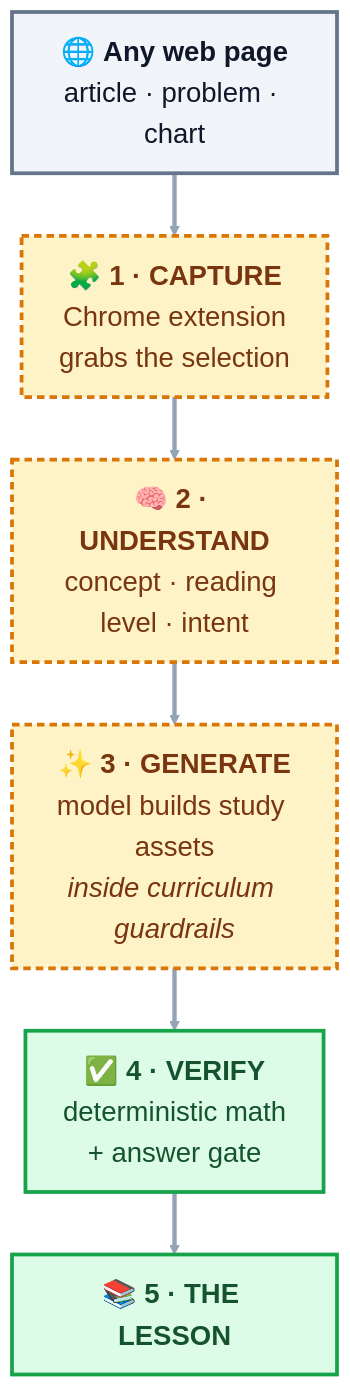
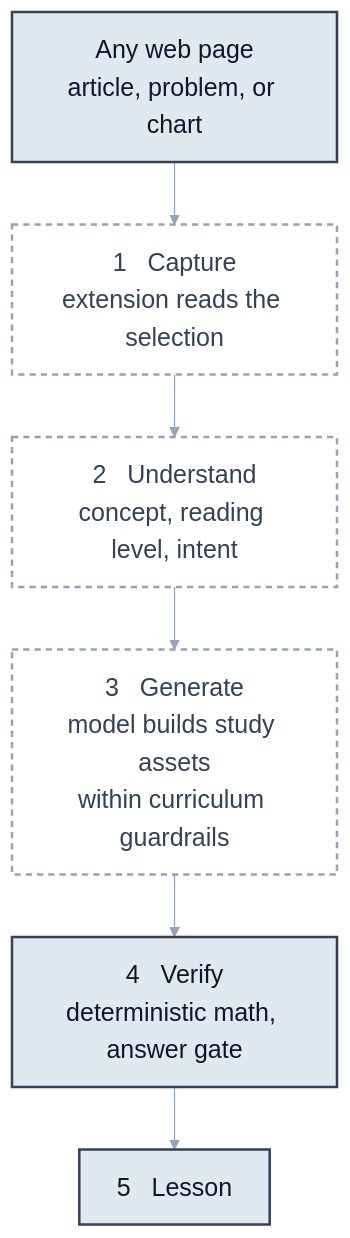
The first of 3 diagrams in README.md (rsusarla3/prism), drawn with Mermaid before and after one commit. The commit also changed other lines of this file and 1 other file, not shown here.

````diff
--- a/README.md
+++ b/README.md
@@ -20,19 +21,17 @@
 ```mermaid
-%%{init: {'theme':'base','themeVariables':{'fontSize':'22px','fontFamily':'system-ui, sans-serif','primaryColor':'#eef2ff','primaryTextColor':'#111827','primaryBorderColor':'#6366f1','lineColor':'#94a3b8'}}}%%
+%%{init: {'theme':'base','themeVariables':{'fontSize':'20px','fontFamily':'system-ui, sans-serif','primaryColor':'#f8fafc','primaryTextColor':'#0f172a','primaryBorderColor':'#475569','lineColor':'#94a3b8'}}}%%
 flowchart TD
-    PAGE["🌐 <b>Any web page</b><br/>article · problem · chart"]
-    EXT["🧩 <b>1 · CAPTURE</b><br/>Chrome extension<br/>grabs the selection"]
-    UND["🧠 <b>2 · UNDERSTAND</b><br/>concept · reading level · intent"]
-    GEN["✨ <b>3 · GENERATE</b><br/>model builds study assets<br/><i>inside curriculum guardrails</i>"]
-    VER["✅ <b>4 · VERIFY</b><br/>deterministic math<br/>+ answer gate"]
-    OUT["📚 <b>5 · THE LESSON</b>"]
+    PAGE["Any web page<br/>article, problem, or chart"]
+    EXT["1 &nbsp; Capture<br/>extension reads the selection"]
+    UND["2 &nbsp; Understand<br/>concept, reading level, intent"]
+    GEN["3 &nbsp; Generate<br/>model builds study assets<br/>within curriculum guardrails"]
+    VER["4 &nbsp; Verify<br/>deterministic math, answer gate"]
+    OUT["5 &nbsp; Lesson"]
 
-    PAGE ==> EXT ==> UND ==> GEN ==> VER ==> OUT
+    PAGE --> EXT --> UND --> GEN --> VER --> OUT
 
-    classDef built fill:#dcfce7,stroke:#16a34a,stroke-width:3px,color:#14532d;
-    classDef todo fill:#fef3c7,stroke:#d97706,stroke-width:3px,stroke-dasharray:6 4,color:#78350f;
-    classDef page fill:#f1f5f9,stroke:#64748b,stroke-width:3px,color:#0f172a;
-    class PAGE page;
+    classDef done fill:#e2e8f0,stroke:#334155,stroke-width:2px,color:#0f172a;
+    classDef todo fill:#ffffff,stroke:#94a3b8,stroke-width:2px,stroke-dasharray:5 4,color:#334155;
+    class PAGE,VER,OUT done;
     class EXT,UND,GEN todo;
-    class VER,OUT built;
 ```
````
